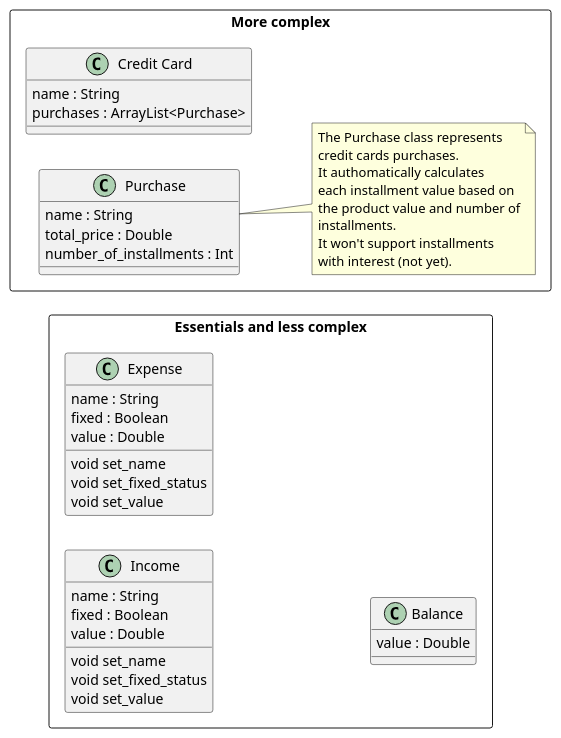
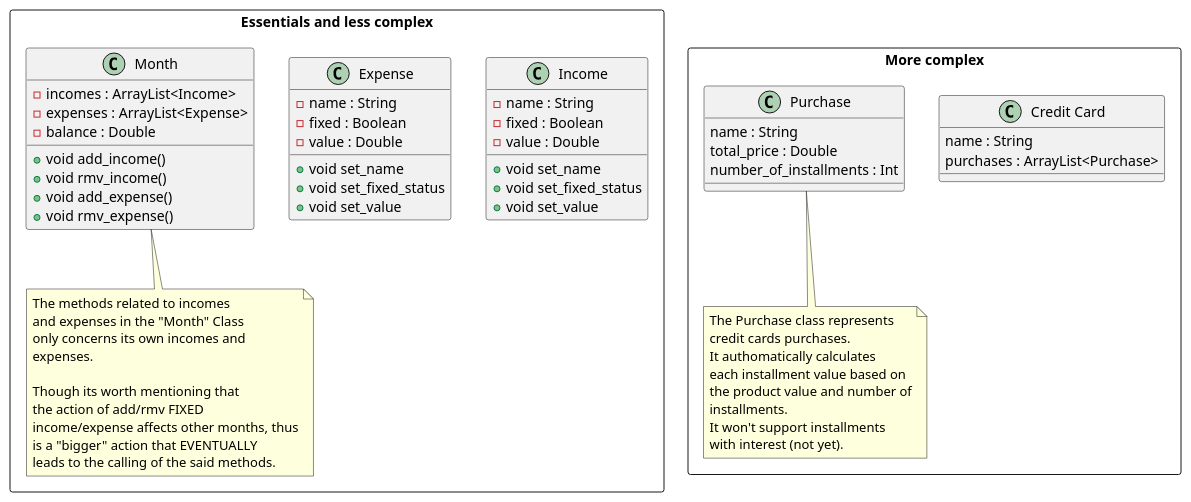
The diagram in modelling/ModelPackage.plantuml (sarehicy/Planner-Financeiro), drawn with PlantUML before and after one commit. The commit also changed 1 other file, not shown here.

```diff
--- a/modelling/ModelPackage.plantuml
+++ b/modelling/ModelPackage.plantuml
@@ -1,61 +1,76 @@
 @startuml Model Package Class Diagram
 
-left to right direction
+top to bottom direction
 
 rectangle "Essentials and less complex"{
 
     class "Income"{
-        {field} name : String
-        {field} fixed : Boolean
-        {field} value : Double
+        {field} - name : String
+        {field} - fixed : Boolean
+        {field} - value : Double
 
-        {method} void set_name
-        {method} void set_fixed_status
-        {method} void set_value
+        {method} + void set_name
+        {method} + void set_fixed_status
+        {method} + void set_value
     }
 
     class "Expense"{
-        {field} name : String
-        {field} fixed : Boolean
-        {field} value : Double
+        {field} -name : String
+        {field} -fixed : Boolean
+        {field} -value : Double
 
-        {method} void set_name
-        {method} void set_fixed_status
-        {method} void set_value
+        {method} +void set_name
+        {method} +void set_fixed_status
+        {method} +void set_value
+    }
+    
+    class "Month"{
+        {field} - incomes : ArrayList<Income>
+        {field} - expenses : ArrayList<Expense>
+        {field} - balance : Double
+        {method} + void add_income()
+        {method} + void rmv_income()
+        {method} + void add_expense()
+        {method} + void rmv_expense()
     }
 
-    class "Balance"{
-        {field} value : Double
-    }
-    
+    note bottom of "Month"
+        The methods related to incomes 
+        and expenses in the "Month" Class
+        only concerns its own incomes and
+        expenses.
+
+        Though its worth mentioning that
+        the action of add/rmv FIXED
+        income/expense affects other months, thus
+        is a "bigger" action that EVENTUALLY
+        leads to the calling of the said methods.
+    end note 
 }
 
 rectangle "More complex"{
     class "Credit Card"{
         {field} name : String
         {field} purchases : ArrayList<Purchase>
     }
 
     class "Purchase"{
         {field} name : String
         {field} total_price : Double
         {field} number_of_installments : Int
     }
 
-    note right of "Purchase"
+    note bottom of "Purchase"
         The Purchase class represents
         credit cards purchases.
         It authomatically calculates 
         each installment value based on
         the product value and number of
         installments.
         It won't support installments
         with interest (not yet).
     end note 
 }
 
 
-
-
-
 @enduml
```
